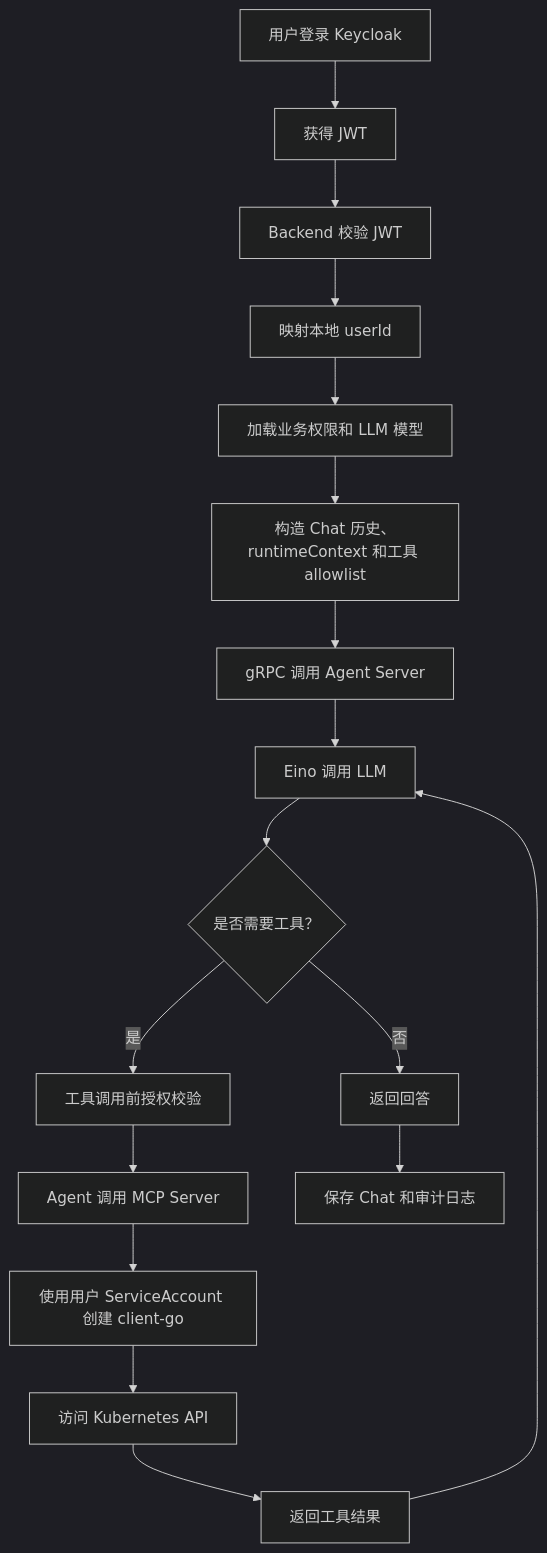
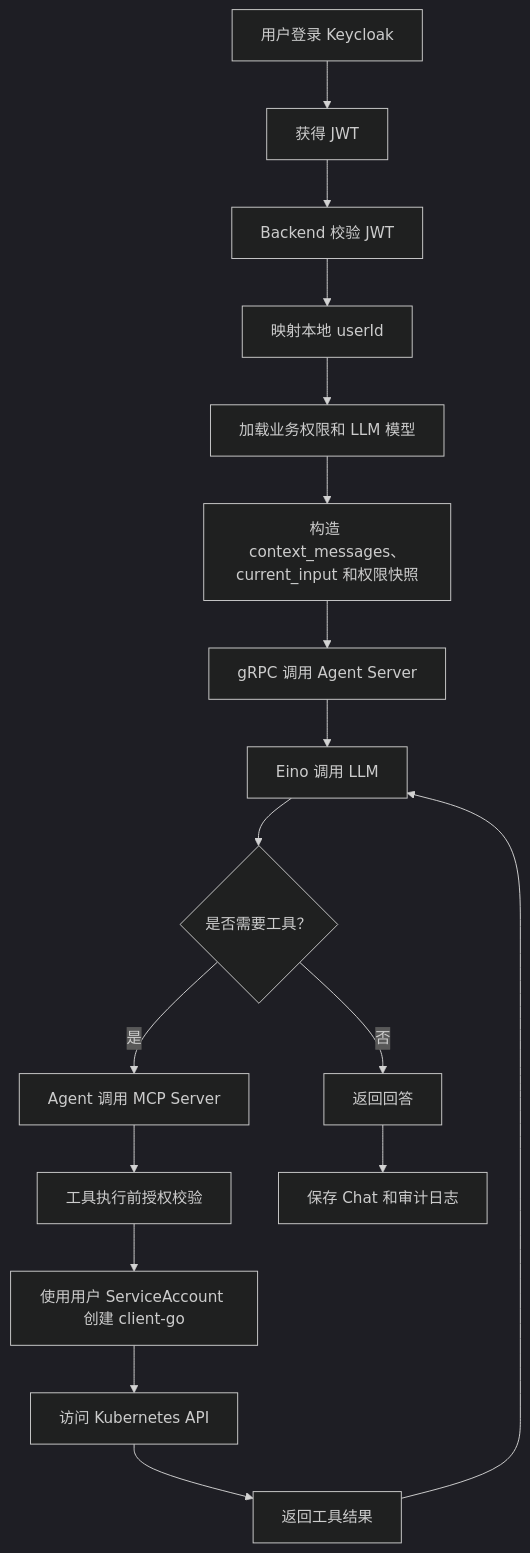
One commit to ZhaoXiangHeng/k8s-agent changed the second of 4 diagrams in docs/architecture/system-architecture.md. Above: the diagram before and after it, drawn with Mermaid (dark theme). The commit also changed other lines of this file and 128 other files, not shown here.

````diff
--- a/docs/architecture/system-architecture.md
+++ b/docs/architecture/system-architecture.md
@@ -47,19 +47,19 @@
 ```mermaid
 flowchart TD
   Login["用户登录 Keycloak"] --> JWT["获得 JWT"]
   JWT --> APIAuth["Backend 校验 JWT"]
   APIAuth --> LocalUser["映射本地 userId"]
   LocalUser --> Perm["加载业务权限和 LLM 模型"]
-  Perm --> Chat["构造 Chat 历史、runtimeContext 和工具 allowlist"]
+  Perm --> Chat["构造 context_messages、current_input 和权限快照"]
   Chat --> Agent["gRPC 调用 Agent Server"]
   Agent --> LLM["Eino 调用 LLM"]
   LLM --> Tool{"是否需要工具？"}
   Tool -- "否" --> Answer["返回回答"]
-  Tool -- "是" --> Authz["工具调用前授权校验"]
-  Authz --> MCP["Agent 调用 MCP Server"]
-  MCP --> ClientGo["使用用户 ServiceAccount 创建 client-go"]
+  Tool -- "是" --> MCP["Agent 调用 MCP Server"]
+  MCP --> Authz["工具执行前授权校验"]
+  Authz --> ClientGo["使用用户 ServiceAccount 创建 client-go"]
   ClientGo --> K8S["访问 Kubernetes API"]
   K8S --> Result["返回工具结果"]
   Result --> LLM
   Answer --> Audit["保存 Chat 和审计日志"]
 ```
````
